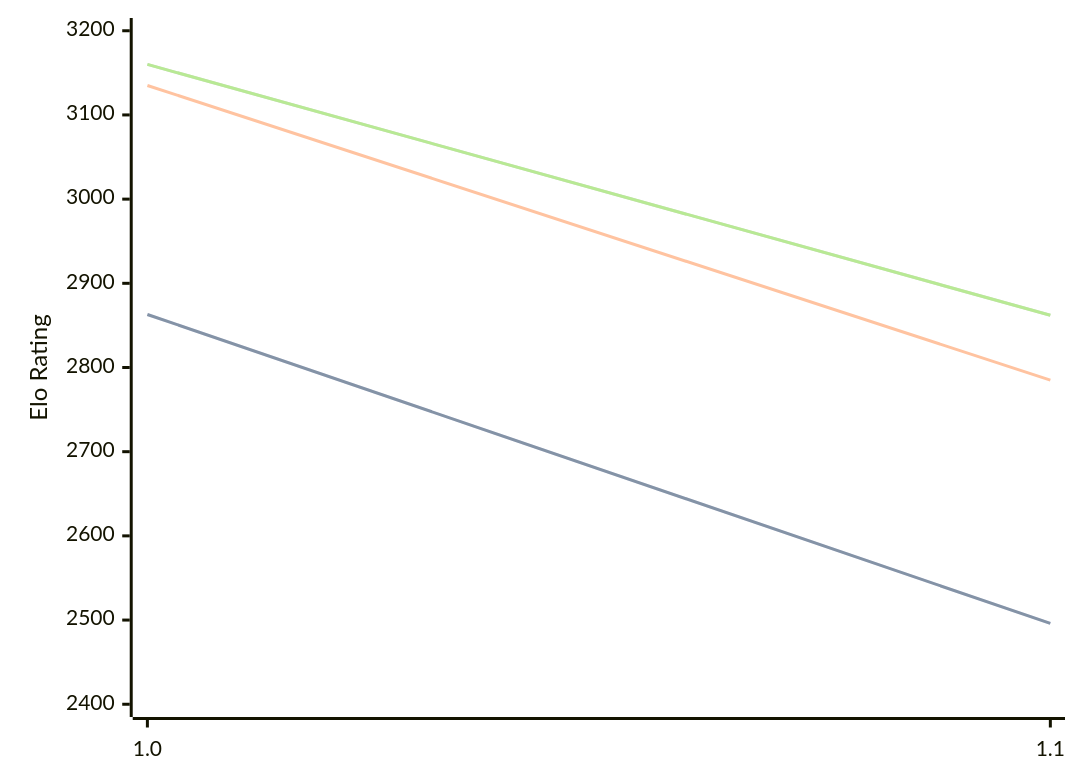
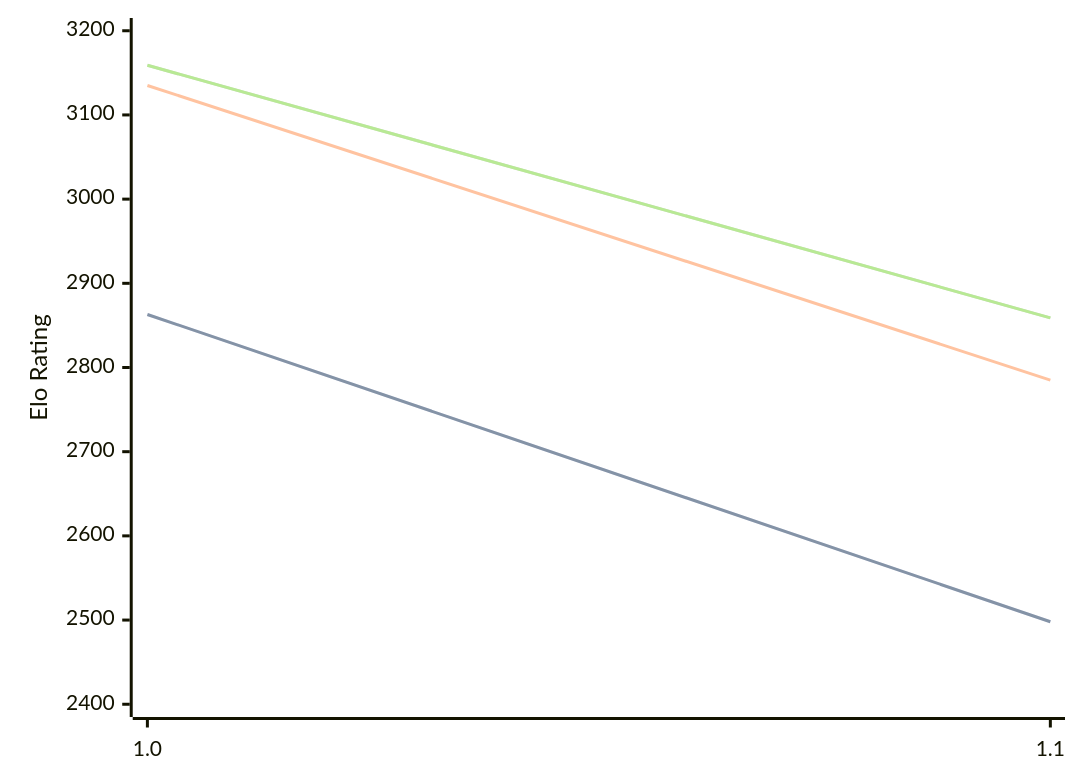
The diagram in engines/Publius.md (computer-chess-index/cci), drawn with Mermaid before and after one commit. The commit also changed other lines of this file, not shown here.

Commit message:
Update CCI Ratings (ELO VLTC) - 2026-04-04

````diff
--- a/engines/Publius.md
+++ b/engines/Publius.md
@@ -32,11 +32,11 @@
 ```mermaid
 %%{init: {"theme":"base","themeVariables":{"seriesColors:['#a3a3a3','#222221','#faa371']}}}%%
 xychart-beta
   x-axis ["1.0", "1.1"]
   y-axis "Elo Rating" 2400 --> 3200
-  line "STC (8.0+0.08s)" [2863, 2496]
-  line "STC (8.0+0.08s)" [2863, 2496]
+  line "STC (8.0+0.08s)" [2863, 2498]
+  line "STC (8.0+0.08s)" [2863, 2498]
   line "LTC (60.0+0.60s)" [3135, 2785]
-  line "VLTC (2m24s+1.12s)" [3160, 2862]
-  line "VLTC (2m24s+1.12s)" [3160, 2862]
+  line "VLTC (2m24s+1.12s)" [3159, 2859]
+  line "VLTC (2m24s+1.12s)" [3159, 2859]
 ```
````
